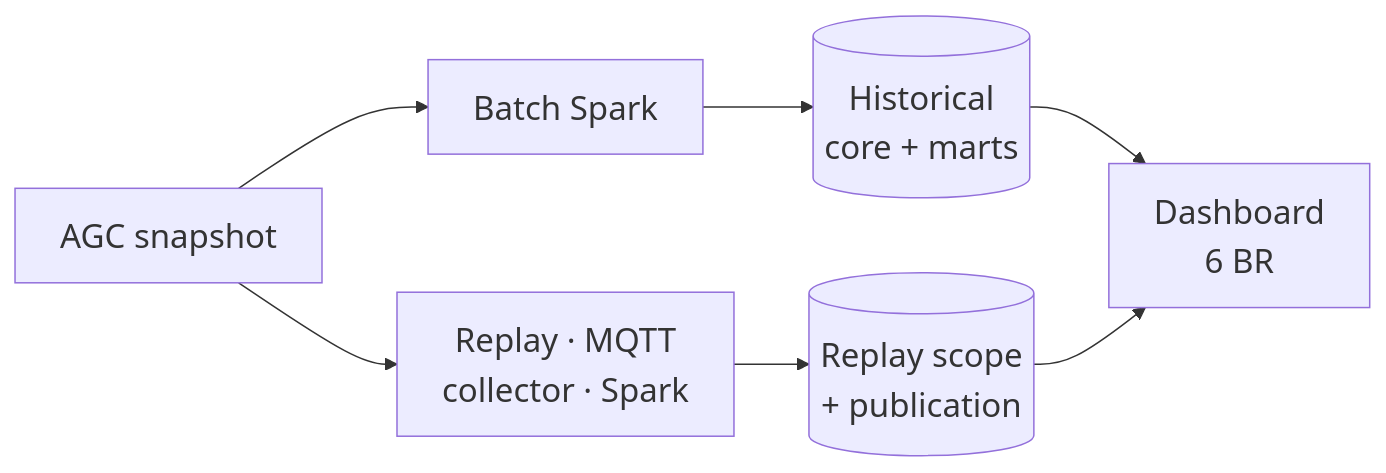
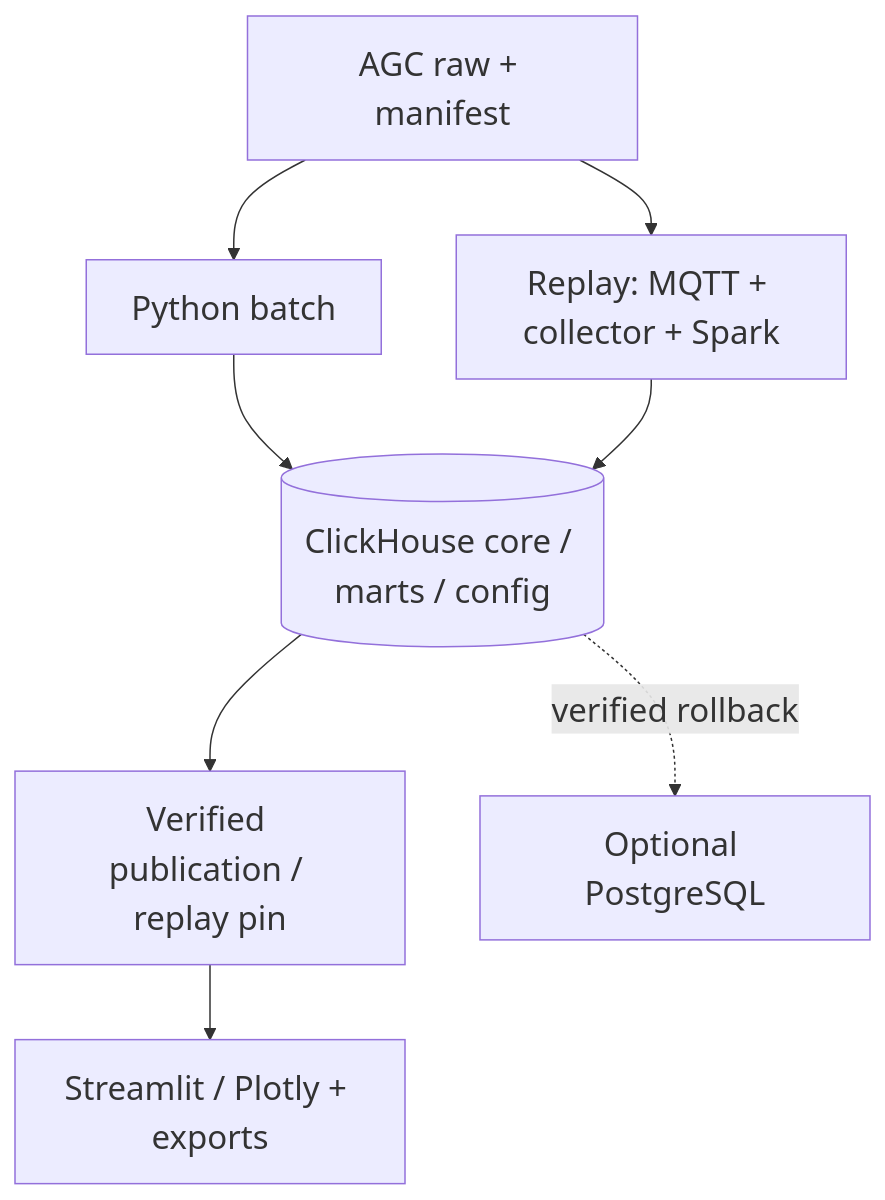
One commit to arcanine525/smart-green-house changed the diagram in docs/submission/figures/architecture-slide.mmd. Above: the diagram before and after it, drawn with Mermaid. The commit also changed 47 other files, not shown here.

Commit message:
Document the native ClickHouse stack and verified delivery evidence

```diff
--- a/docs/submission/figures/architecture-slide.mmd
+++ b/docs/submission/figures/architecture-slide.mmd
@@ -1,6 +1,9 @@
 %%{init: {'themeVariables': {'fontSize': '22px'}}}%%
-flowchart LR
-  AGC["AGC snapshot"] --> BATCH["Batch Spark"] --> HIST[("Historical<br/>core + marts")]
-  AGC --> REPLAY["Replay · MQTT<br/>collector · Spark"] --> LIVE[("Replay scope<br/>+ publication")]
-  HIST --> APP["Dashboard<br/>6 BR"]
-  LIVE --> APP
+flowchart TB
+  RAW["AGC raw + manifest"] --> BATCH["Python batch"]
+  RAW --> REPLAY["Replay: MQTT + collector + Spark"]
+  BATCH --> CH[("ClickHouse core / marts / config")]
+  REPLAY --> CH
+  CH --> PIN["Verified publication / replay pin"]
+  PIN --> APP["Streamlit / Plotly + exports"]
+  CH -. "verified rollback" .-> PG["Optional PostgreSQL"]
```
